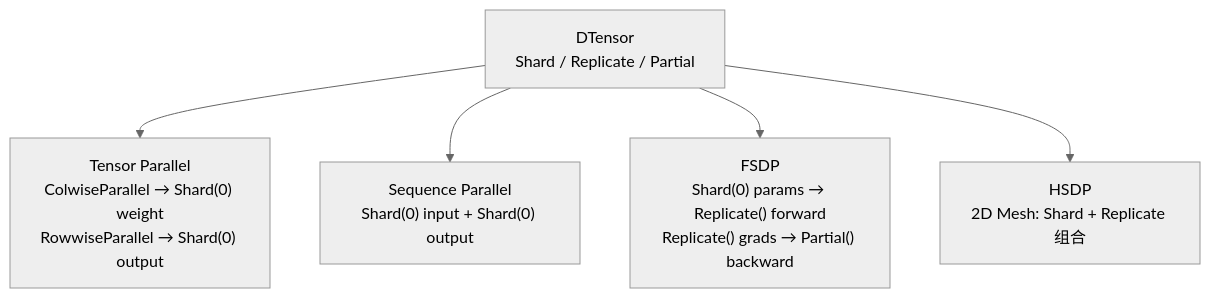
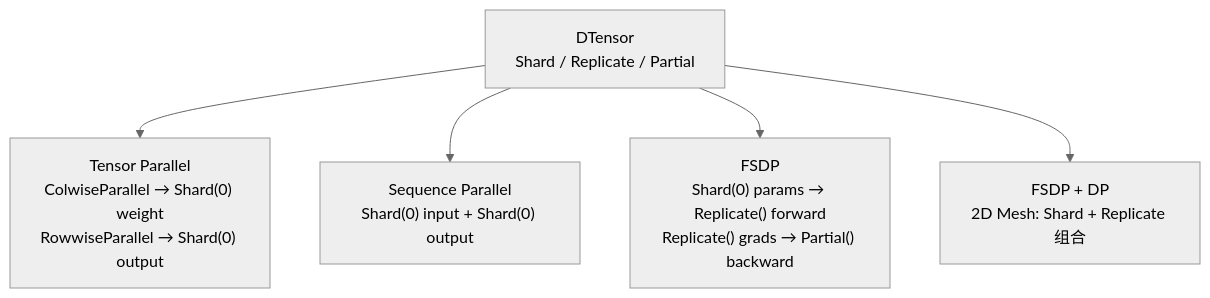
Before and after one commit to jianzhnie/ScaleTorch: the second of 7 diagrams in docs/device_mesh.md, drawn with Mermaid (neutral theme). The commit also changed other lines of this file and 1 other file, not shown here.

First line of the commit message:
docs: rename HSDP to FSDP+DP in examples and docs

````diff
--- a/docs/device_mesh.md
+++ b/docs/device_mesh.md
@@ -151,14 +150,14 @@
 ```mermaid
 graph TB
     dtensor["DTensor<br/>Shard / Replicate / Partial"]
 
     tp["Tensor Parallel<br/>ColwiseParallel → Shard(0) weight<br/>RowwiseParallel → Shard(0) output"]
     sp["Sequence Parallel<br/>Shard(0) input + Shard(0) output"]
     fsdp["FSDP<br/>Shard(0) params → Replicate() forward<br/>Replicate() grads → Partial() backward"]
-    hsdp["HSDP<br/>2D Mesh: Shard + Replicate 组合"]
+    fsdp_dp["FSDP + DP<br/>2D Mesh: Shard + Replicate 组合"]
 
     dtensor --> tp
     dtensor --> sp
     dtensor --> fsdp
-    dtensor --> hsdp
+    dtensor --> fsdp_dp
 ```
````
